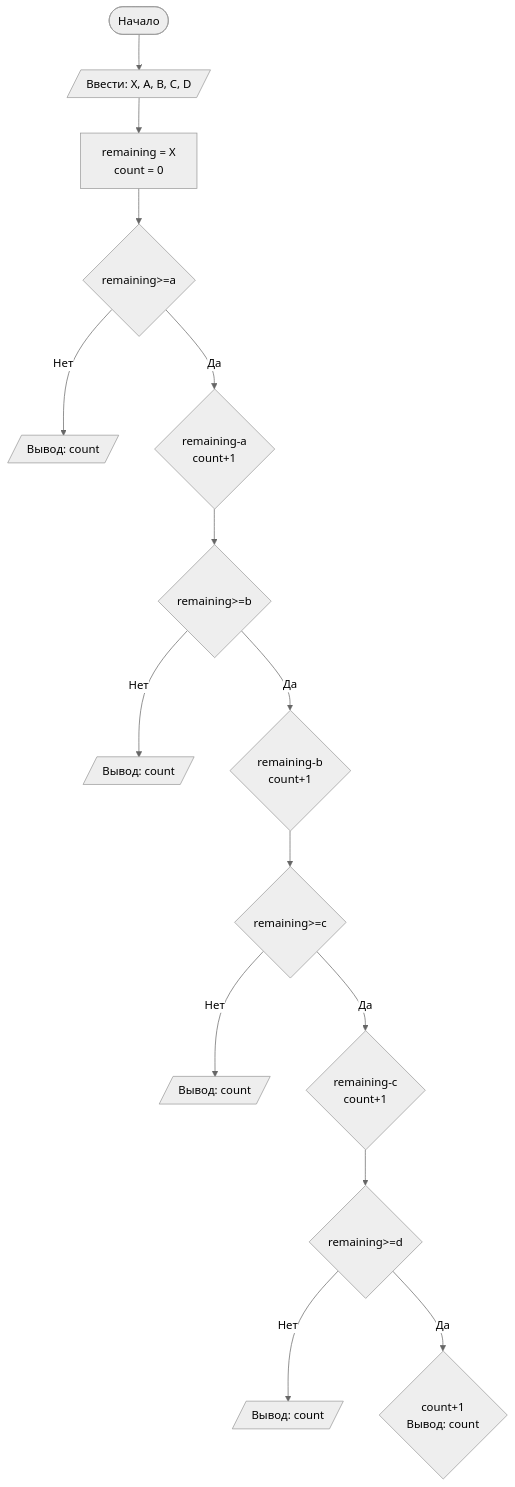
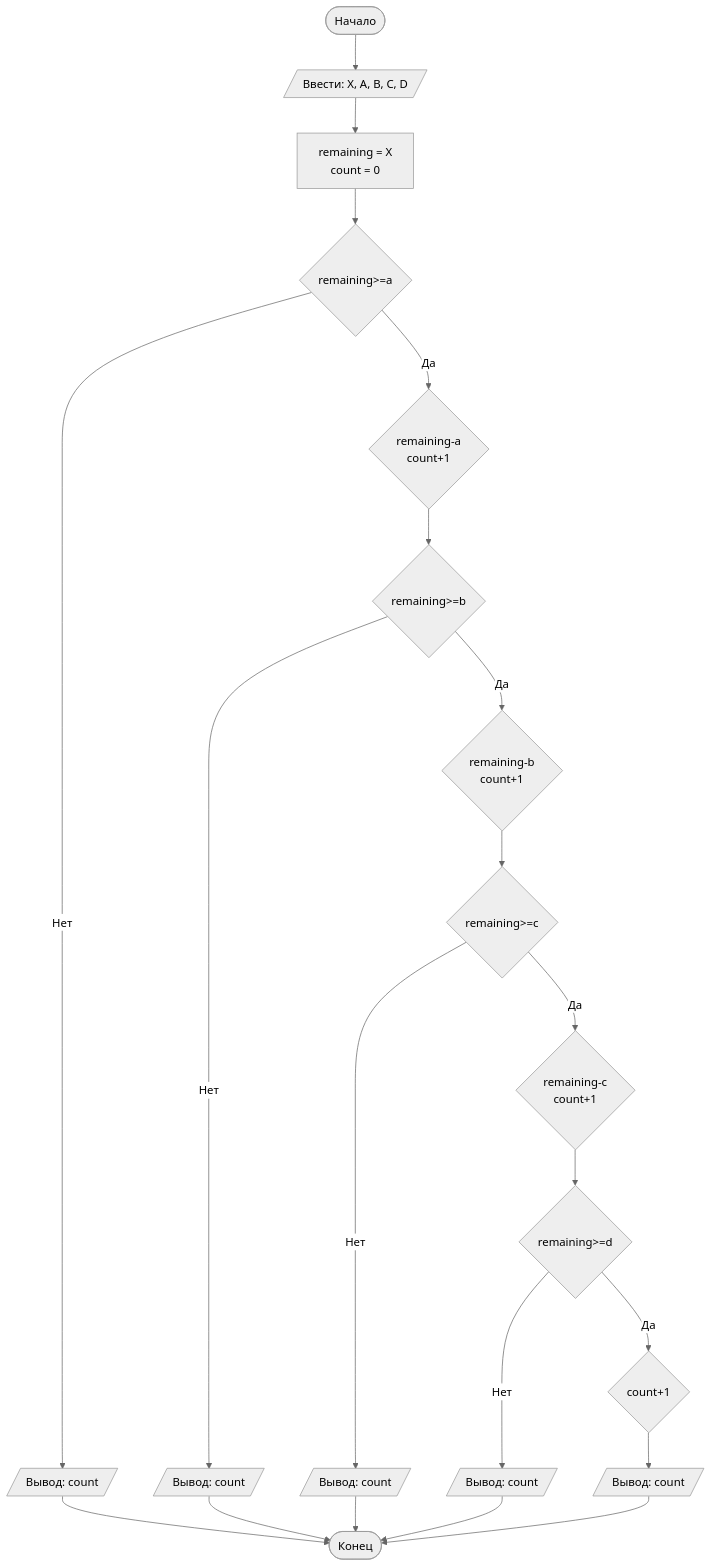
The diagram in README.md (polinkreznichenk/lab1), drawn with Mermaid (neutral theme) before and after one commit.

````diff
--- a/README.md
+++ b/README.md
@@ -145,17 +145,23 @@
 ```mermaid
 graph TD
     A([Начало]) --> B[/Ввести: X, A, B, C, D/]
     B --> P["remaining = X<br/>count = 0"]
     P --> C{remaining>=a}
     C -- Нет --> O[/Вывод: count/]
+    O --> U([Конец])
     C -- Да --> D{"remaining-a<br/>count+1"}
     D --> E{remaining>=b}
     E -- Нет --> F[/Вывод: count/]
+    F --> U([Конец])
     E -- Да --> G{"remaining-b<br/>count+1"}
     G --> H{remaining>=c}
     H -- Нет --> J[/Вывод: count/]
+    J --> U([Конец])
     H -- Да --> K{"remaining-c<br/>count+1"}
     K --> L{remaining>=d}
     L -- Нет --> Z[/Вывод: count/]
-    L -- Да --> X{"count+1<br/>Вывод: count"}
+    Z --> U([Конец])
+    L -- Да --> X{"count+1"}
+    X --> T[/Вывод: count/]
+    T --> U([Конец])
 ```
````
